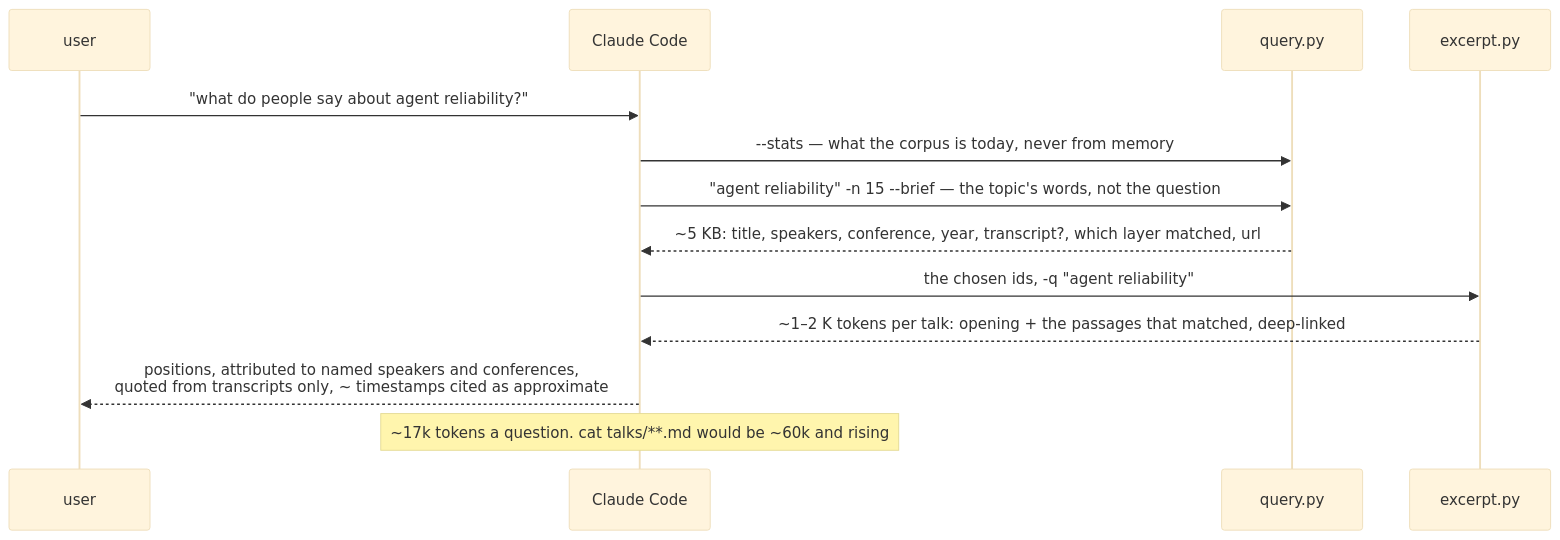
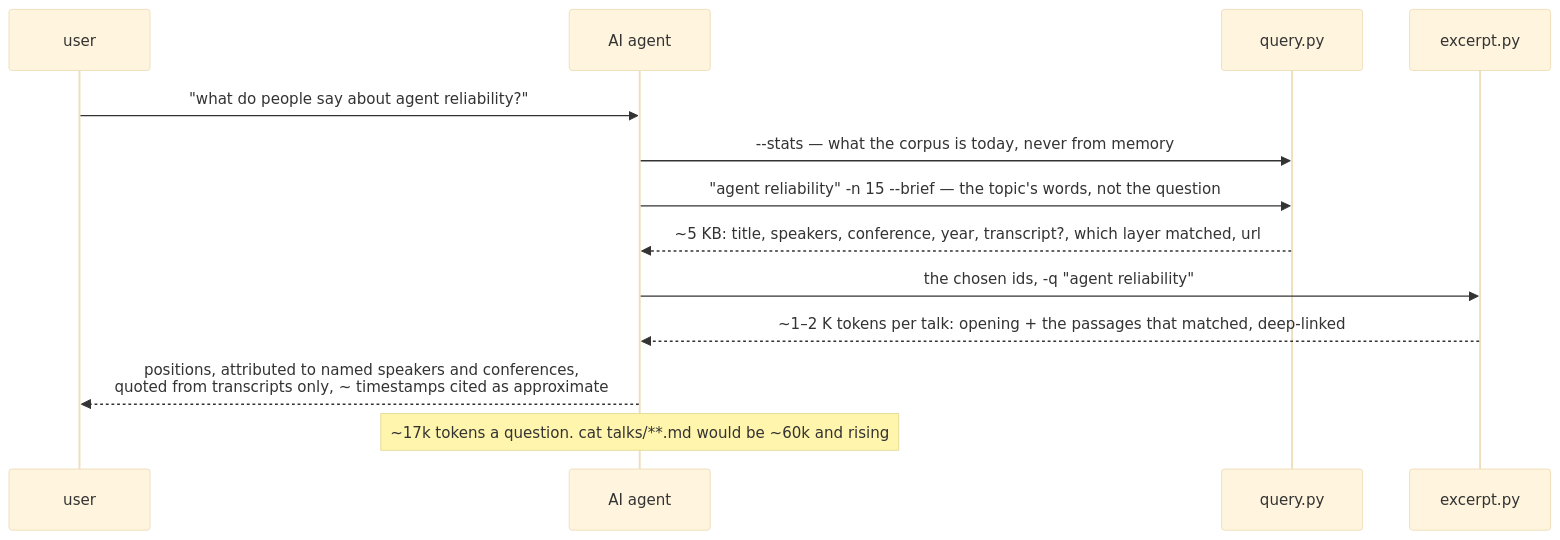
One commit to ppruchnerovic/ai-talks-universe changed the diagram in specs/skill.md. Above: the diagram before and after it, drawn with Mermaid (base theme). The commit also changed other lines of this file and 10 other files, not shown here.

````diff
--- a/specs/skill.md
+++ b/specs/skill.md
@@ -193,16 +212,16 @@
 ```mermaid
 sequenceDiagram
     participant U as user
-    participant C as Claude Code
+    participant C as AI agent
     participant Q as query.py
     participant E as excerpt.py
 
     U->>C: "what do people say about agent reliability?"
     C->>Q: --stats — what the corpus is today, never from memory
     C->>Q: "agent reliability" -n 15 --brief — the topic's words, not the question
     Q-->>C: ~5 KB: title, speakers, conference, year, transcript?, which layer matched, url
     C->>E: the chosen ids, -q "agent reliability"
     E-->>C: ~1–2 K tokens per talk: opening + the passages that matched, deep-linked
     C-->>U: positions, attributed to named speakers and conferences,<br/>quoted from transcripts only, ~ timestamps cited as approximate
     Note over C: ~17k tokens a question. cat talks/**.md would be ~60k and rising
 ```
````
